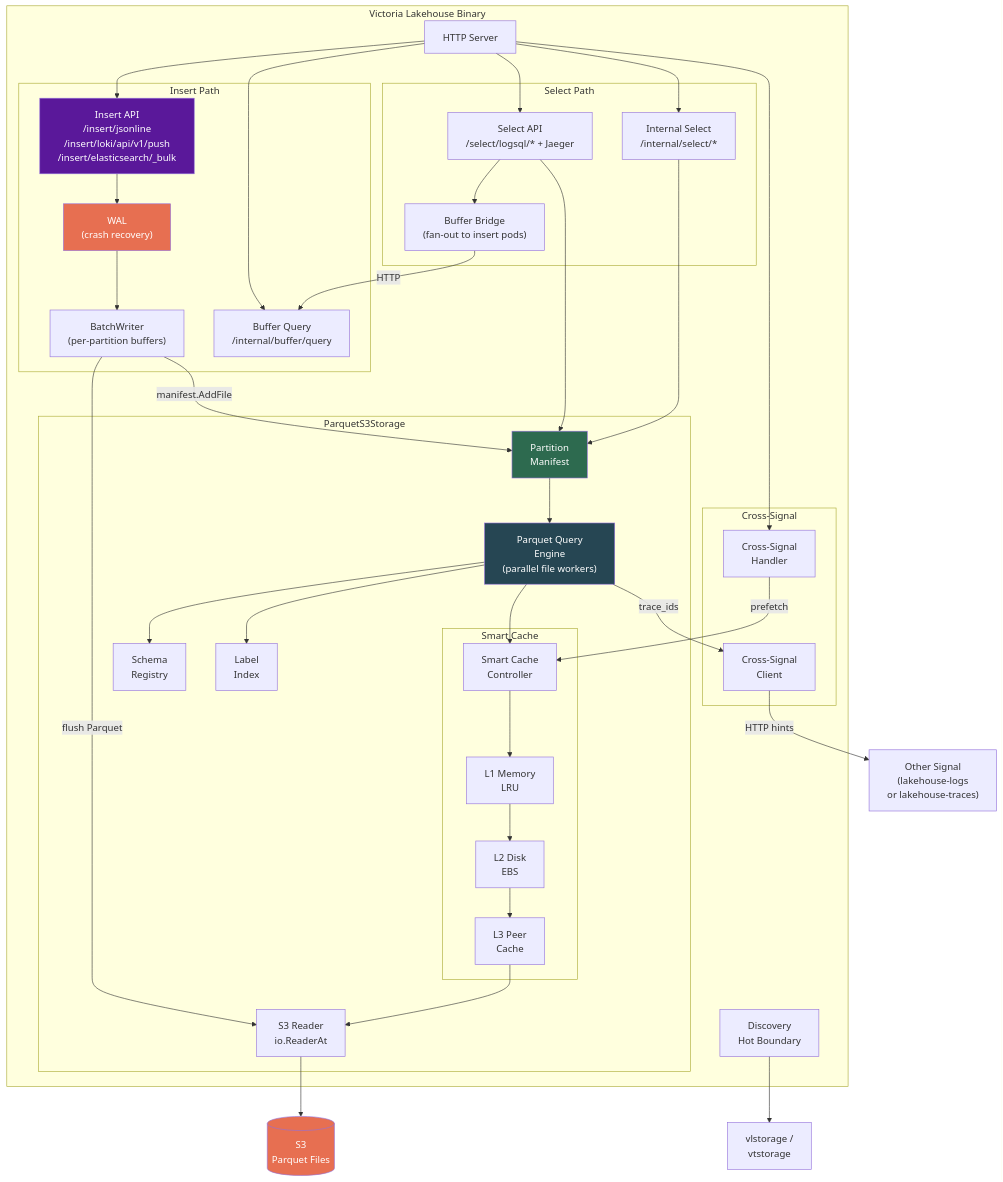
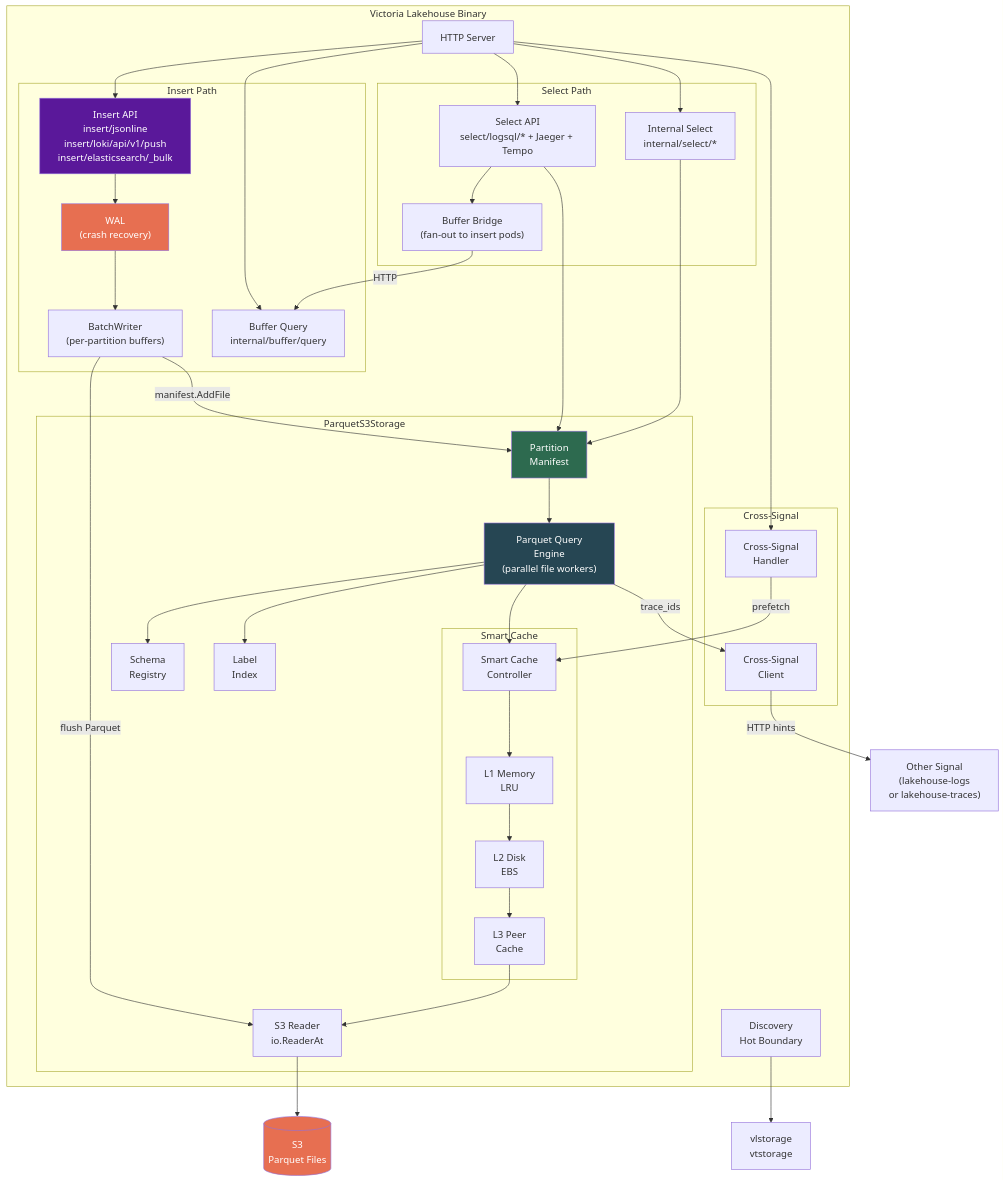
The first of 15 diagrams in docs/architecture.md (ReliablyObserve/victoria-lakehouse), drawn with Mermaid before and after one commit. The commit also changed other lines of this file and 84 other files, not shown here.

````diff
--- a/docs/architecture.md
+++ b/docs/architecture.md
@@ -12,76 +12,76 @@
 ```mermaid
 graph TD
     subgraph "Victoria Lakehouse Binary"
         HTTP["HTTP Server"]
         
         subgraph "Insert Path"
-            INS["Insert API<br/>/insert/jsonline<br/>/insert/loki/api/v1/push<br/>/insert/elasticsearch/_bulk"]
+            INS["Insert API<br/>insert/jsonline<br/>insert/loki/api/v1/push<br/>insert/elasticsearch/_bulk"]
             WAL["WAL<br/>(crash recovery)"]
             BW["BatchWriter<br/>(per-partition buffers)"]
-            BB["Buffer Query<br/>/internal/buffer/query"]
+            BB["Buffer Query<br/>internal/buffer/query"]
         end
         
         subgraph "Select Path"
-            API["Select API<br/>/select/logsql/* + Jaeger"]
-            IS["Internal Select<br/>/internal/select/*"]
+            API["Select API<br/>select/logsql/* + Jaeger + Tempo"]
+            IS["Internal Select<br/>internal/select/*"]
             BRIDGE["Buffer Bridge<br/>(fan-out to insert pods)"]
         end
         
         subgraph "ParquetS3Storage"
             MF["Partition<br/>Manifest"]
             QE["Parquet Query<br/>Engine<br/>(parallel file workers)"]
             SR["Schema<br/>Registry"]
             
             subgraph "Smart Cache"
                 SC["Smart Cache<br/>Controller"]
                 L1["L1 Memory<br/>LRU"]
                 L2["L2 Disk<br/>EBS"]
                 PC["L3 Peer<br/>Cache"]
             end
             
             S3R["S3 Reader<br/>io.ReaderAt"]
             LI["Label<br/>Index"]
         end
         
         subgraph "Cross-Signal"
             CSC["Cross-Signal<br/>Client"]
             CSH["Cross-Signal<br/>Handler"]
         end
         
         DISC["Discovery<br/>Hot Boundary"]
     end
     
     HTTP --> INS
     HTTP --> API
     HTTP --> IS
     HTTP --> BB
     HTTP --> CSH
     INS --> WAL
     WAL --> BW
     BW -->|flush Parquet| S3R
     BW -->|manifest.AddFile| MF
     API --> MF
     API --> BRIDGE
     BRIDGE -->|HTTP| BB
     IS --> MF
     MF --> QE
     QE --> SR
     QE --> SC
     SC --> L1
     L1 --> L2
     L2 --> PC
     PC --> S3R
     QE --> LI
     QE -->|trace_ids| CSC
     CSC -->|HTTP hints| OTHER["Other Signal<br/>(lakehouse-logs<br/>or lakehouse-traces)"]
     CSH -->|prefetch| SC
     
     S3R --> S3[("S3<br/>Parquet Files")]
-    DISC --> HOT["vlstorage /<br/>vtstorage"]
+    DISC --> HOT["vlstorage<br/>vtstorage"]
 
     style MF fill:#2d6a4f,color:#fff
     style QE fill:#264653,color:#fff
     style S3 fill:#e76f51,color:#fff
     style WAL fill:#e76f51,color:#fff
     style INS fill:#5a189a,color:#fff
 ```
````
